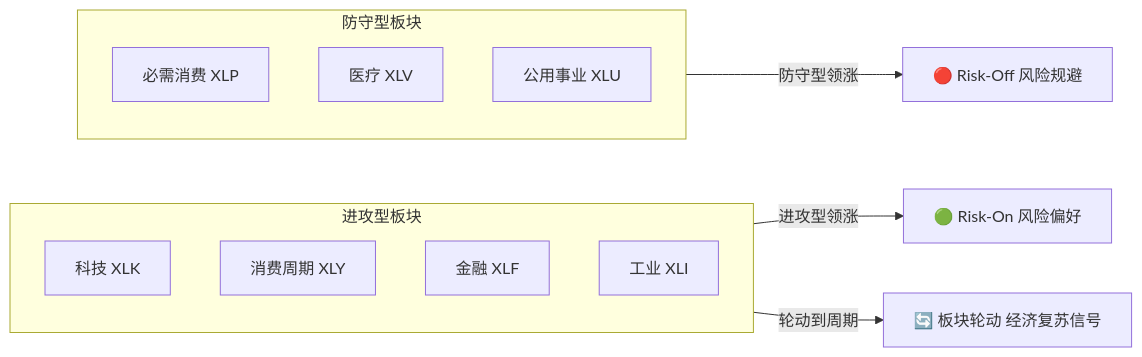
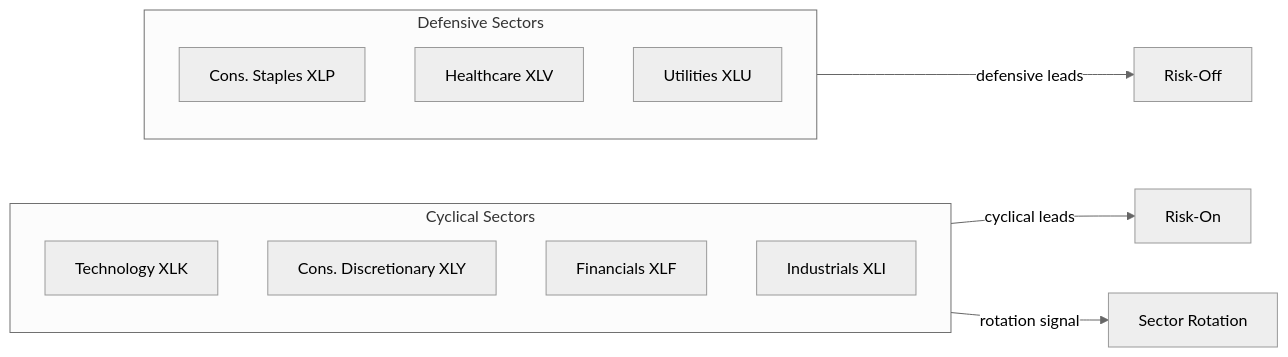
The second of 4 diagrams in README.md (Guojc-source/Stock_Monitor), drawn with Mermaid before and after one commit. The commit also changed other lines of this file and 7 other files, not shown here.

Commit message:
style: neutral theme for mermaid diagrams, simplify architecture flowchart

````diff
--- a/README.md
+++ b/README.md
@@ -136,19 +109,20 @@
 ```mermaid
+%%{init: {'theme':'neutral'}}%%
 flowchart LR
-    subgraph ATTACK["进攻型板块"]
-        XLK["科技 XLK"]
-        XLY["消费周期 XLY"]
-        XLF["金融 XLF"]
-        XLI["工业 XLI"]
+    subgraph cyclical["Cyclical Sectors"]
+        XLK["Technology XLK"]
+        XLY["Cons. Discretionary XLY"]
+        XLF["Financials XLF"]
+        XLI["Industrials XLI"]
     end
 
-    subgraph DEFENSE["防守型板块"]
-        XLP["必需消费 XLP"]
-        XLV["医疗 XLV"]
-        XLU["公用事业 XLU"]
+    subgraph defensive["Defensive Sectors"]
+        XLP["Cons. Staples XLP"]
+        XLV["Healthcare XLV"]
+        XLU["Utilities XLU"]
     end
 
-    ATTACK --> |"进攻型领涨"| RISK_ON["🟢 Risk-On 风险偏好"]
-    DEFENSE --> |"防守型领涨"| RISK_OFF["🔴 Risk-Off 风险规避"]
-    ATTACK --> |"轮动到周期"| ROTATION["🔄 板块轮动 经济复苏信号"]
+    cyclical --> |"cyclical leads"| RISK_ON["Risk-On"]
+    defensive --> |"defensive leads"| RISK_OFF["Risk-Off"]
+    cyclical --> |"rotation signal"| ROTATION["Sector Rotation"]
 ```
````
